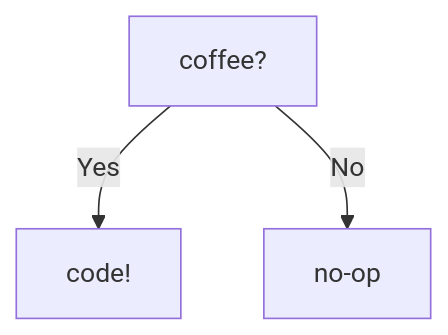
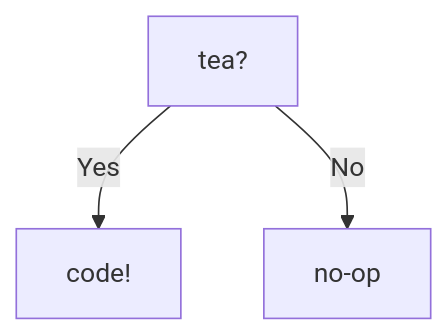
Before and after one commit to thdaraujo/thdaraujo: the diagram in README.md, drawn with Mermaid. The commit also changed other lines of this file, not shown here.

````diff
--- a/README.md
+++ b/README.md
@@ -25,5 +28,5 @@
 ```mermaid
 flowchart TD
-    A[coffee?] --> |Yes| B[code!];
-    A[coffee?] --> |No| C[no-op];
+    A[tea?] --> |Yes| B[code!];
+    A[tea?] --> |No| C[no-op];
 ```
````
